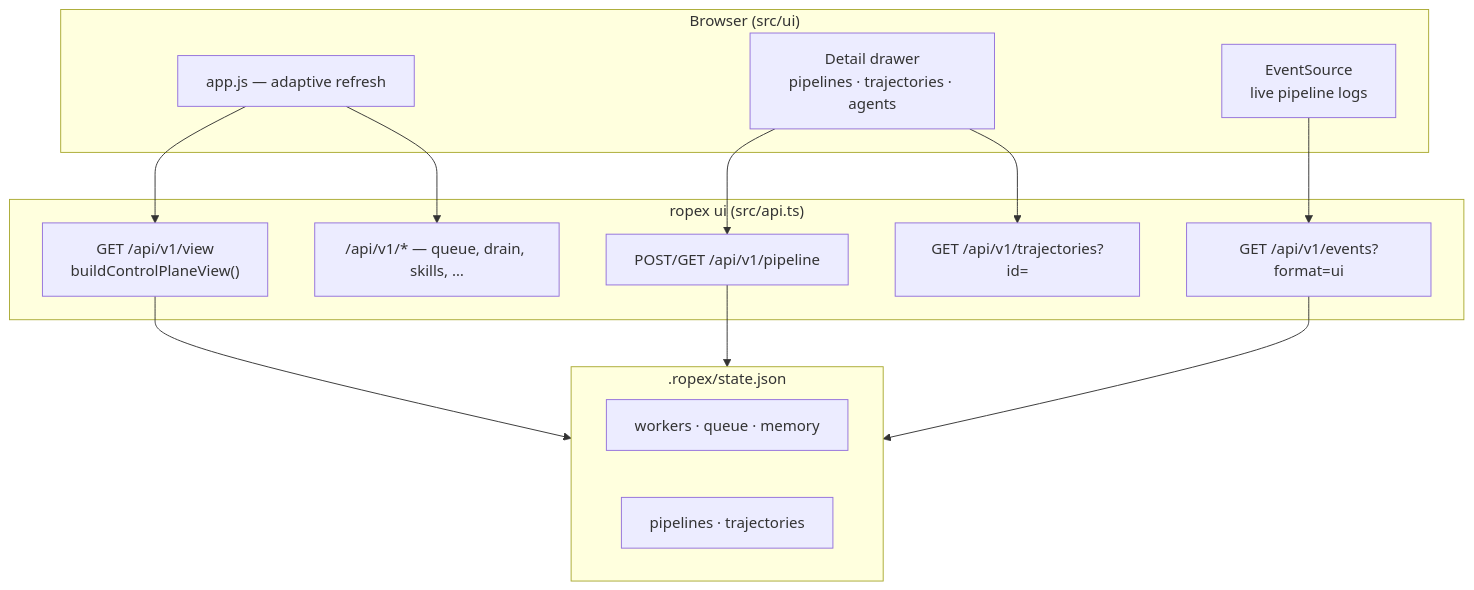
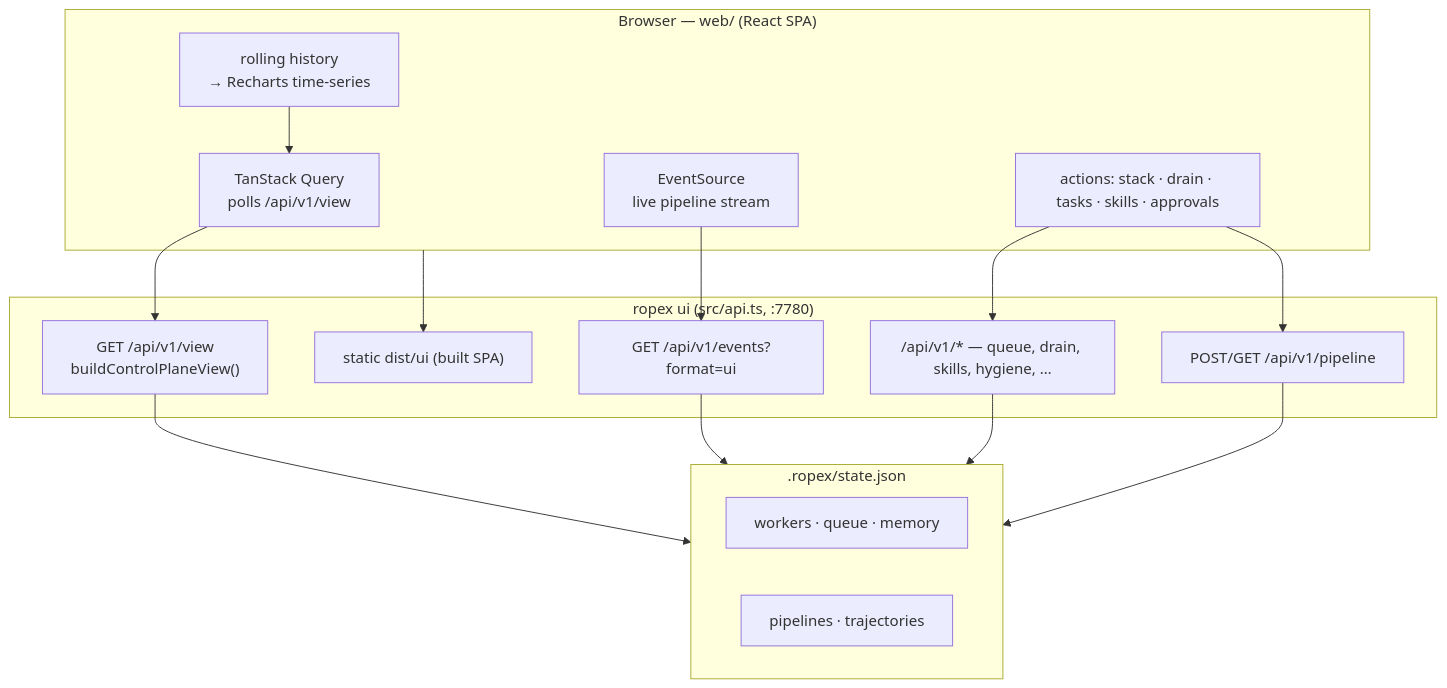
The diagram in docs/control-plane-ui.md (amirsdream/ropex), drawn with Mermaid before and after one commit. The commit also changed other lines of this file and 10 other files, not shown here.

First line of the commit message:
docs: refresh architecture docs, diagrams, and screenshots for the React SPA (#39)

````diff
--- a/docs/control-plane-ui.md
+++ b/docs/control-plane-ui.md
@@ -51,30 +84,29 @@
 ```mermaid
 flowchart TB
-  subgraph Browser["Browser (src/ui)"]
-    APP["app.js — adaptive refresh"]
-    DRAWER["Detail drawer\npipelines · trajectories · agents"]
-    SSE["EventSource\nlive pipeline logs"]
+  subgraph Browser["Browser — web/ (React SPA)"]
+    Q["TanStack Query\npolls /api/v1/view"]
+    HIST["rolling history\n→ Recharts time-series"]
+    SSE["EventSource\nlive pipeline stream"]
+    ACT["actions: stack · drain · tasks · skills · approvals"]
   end
 
-  subgraph Server["ropex ui (src/api.ts)"]
+  subgraph Server["ropex ui (src/api.ts, :7780)"]
     VIEW["GET /api/v1/view\nbuildControlPlaneView()"]
     PIPE["POST/GET /api/v1/pipeline"]
     EV["GET /api/v1/events?format=ui"]
-    TRAJ["GET /api/v1/trajectories?id="]
-    REST["/api/v1/* — queue, drain, skills, …"]
+    REST["/api/v1/* — queue, drain, skills, hygiene, …"]
+    STATIC["static dist/ui (built SPA)"]
   end
 
   subgraph State[".ropex/state.json"]
     W["workers · queue · memory"]
     P["pipelines · trajectories"]
   end
 
-  APP --> VIEW
-  DRAWER --> PIPE
-  DRAWER --> TRAJ
-  SSE --> EV
-  APP --> REST
-  VIEW --> State
-  PIPE --> State
-  EV --> State
+  Q --> VIEW --> State
+  HIST --> Q
+  SSE --> EV --> State
+  ACT --> REST --> State
+  ACT --> PIPE --> State
+  Browser --> STATIC
 ```
````
